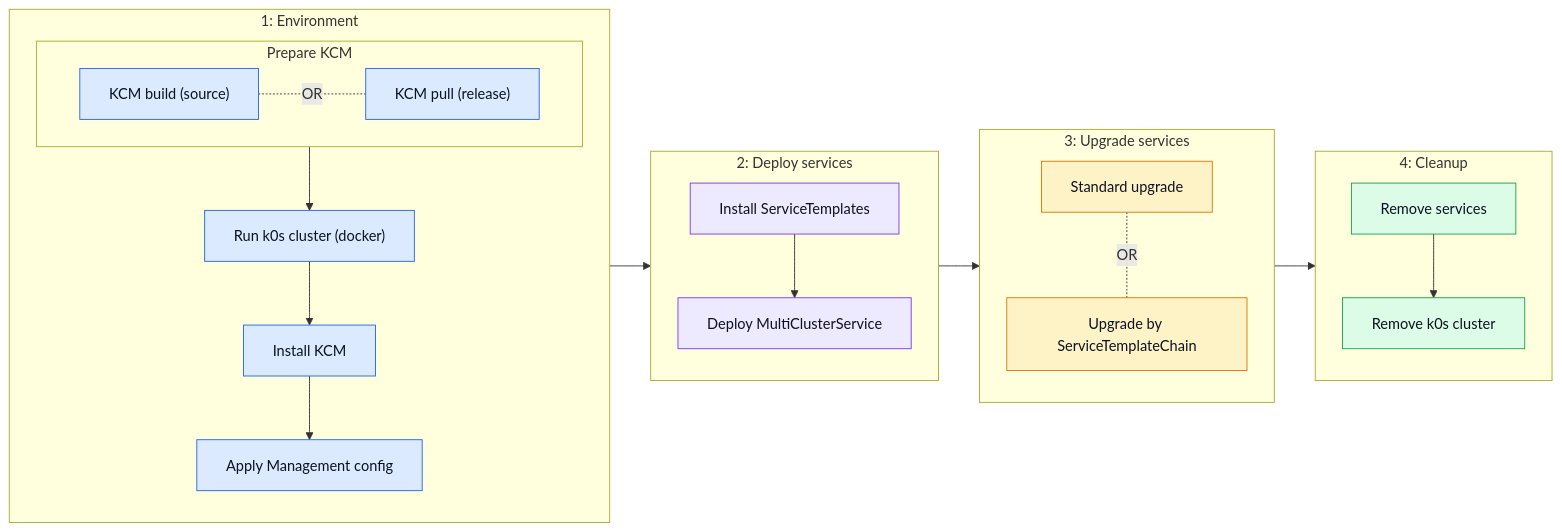
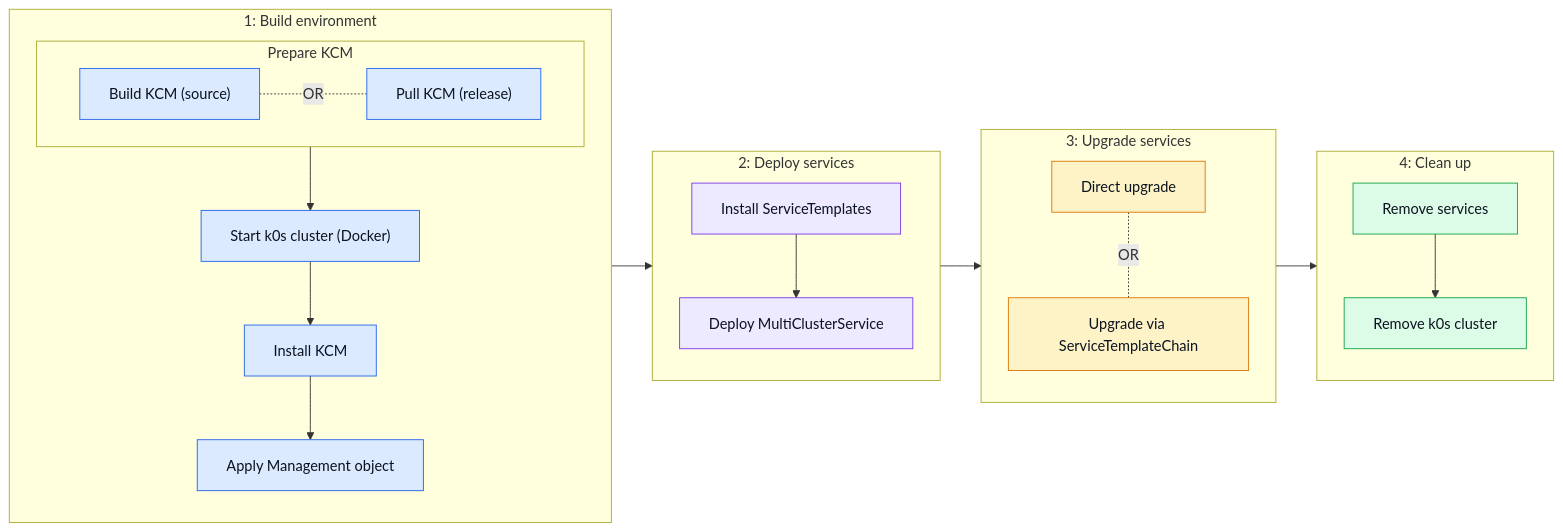
The diagram in README.md (josef-hak/k0rdent-ksm-tests), drawn with Mermaid before and after one commit.

Commit message:
docs: even out the phase wording

````diff
--- a/README.md
+++ b/README.md
@@ -12,42 +12,42 @@
 ```mermaid
 %%{init: {'flowchart': {'padding': 16, 'nodeSpacing': 40, 'rankSpacing': 45}}}%%
 flowchart LR
-    subgraph P1["1: Environment"]
+    subgraph P1["1: Build environment"]
         direction TB
         subgraph KCMSRC["Prepare KCM"]
             direction LR
-            E1["KCM build (source)"] -. "OR" .- E2["KCM pull (release)"]
+            E1["Build KCM (source)"] -. "OR" .- E2["Pull KCM (release)"]
         end
-        E3["Run k0s cluster (docker)"]
+        E3["Start k0s cluster (Docker)"]
         E4["Install KCM"]
-        E5["Apply Management config"]
+        E5["Apply Management object"]
         KCMSRC --> E3 --> E4 --> E5
     end
 
     subgraph P2["2: Deploy services"]
         direction TB
         D1["Install ServiceTemplates"] --> D2["Deploy MultiClusterService"]
     end
 
     subgraph P3["3: Upgrade services"]
         direction TB
-        U1["Standard upgrade"] -. "OR" .- U2["Upgrade by ServiceTemplateChain"]
+        U1["Direct upgrade"] -. "OR" .- U2["Upgrade via ServiceTemplateChain"]
     end
 
-    subgraph P4["4: Cleanup"]
+    subgraph P4["4: Clean up"]
         direction TB
         C1["Remove services"] --> C2["Remove k0s cluster"]
     end
 
     P1 --> P2 --> P3 --> P4
 
     classDef env fill:#dbeafe,stroke:#2563eb,color:#0b1220
     classDef dep fill:#ede9fe,stroke:#7c3aed,color:#0b1220
     classDef upg fill:#fef3c7,stroke:#d97706,color:#0b1220
     classDef out fill:#dcfce7,stroke:#16a34a,color:#0b1220
 
     class E1,E2,E3,E4,E5 env
     class D1,D2 dep
     class U1,U2 upg
     class C1,C2 out
 ```
````
